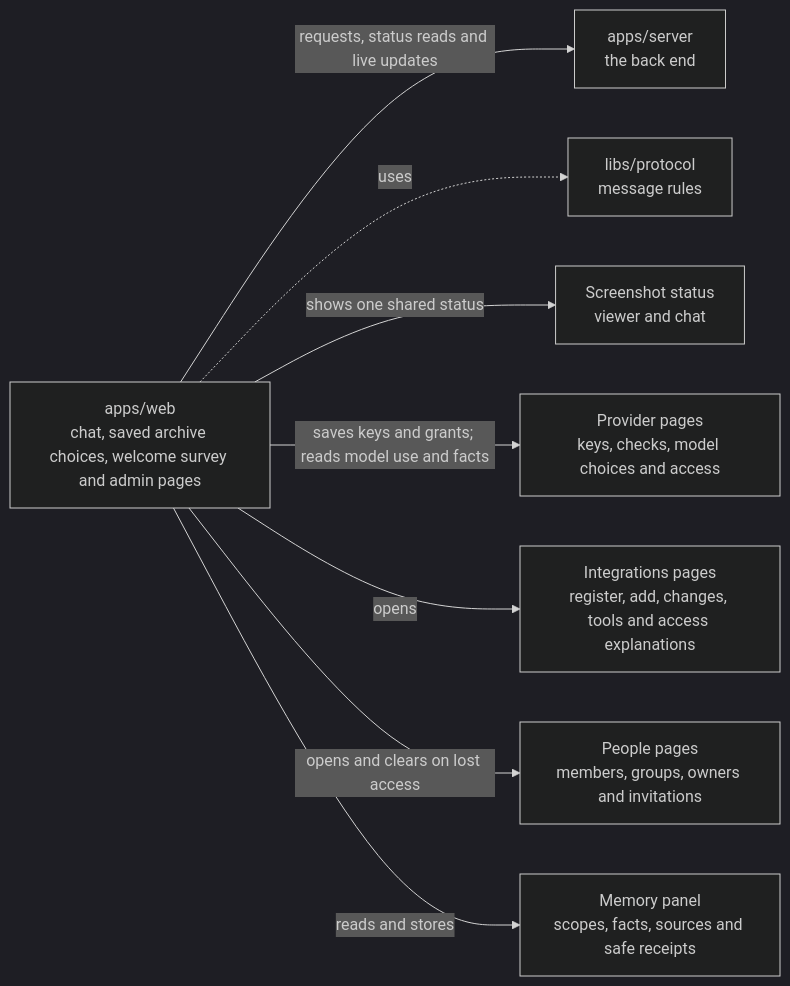
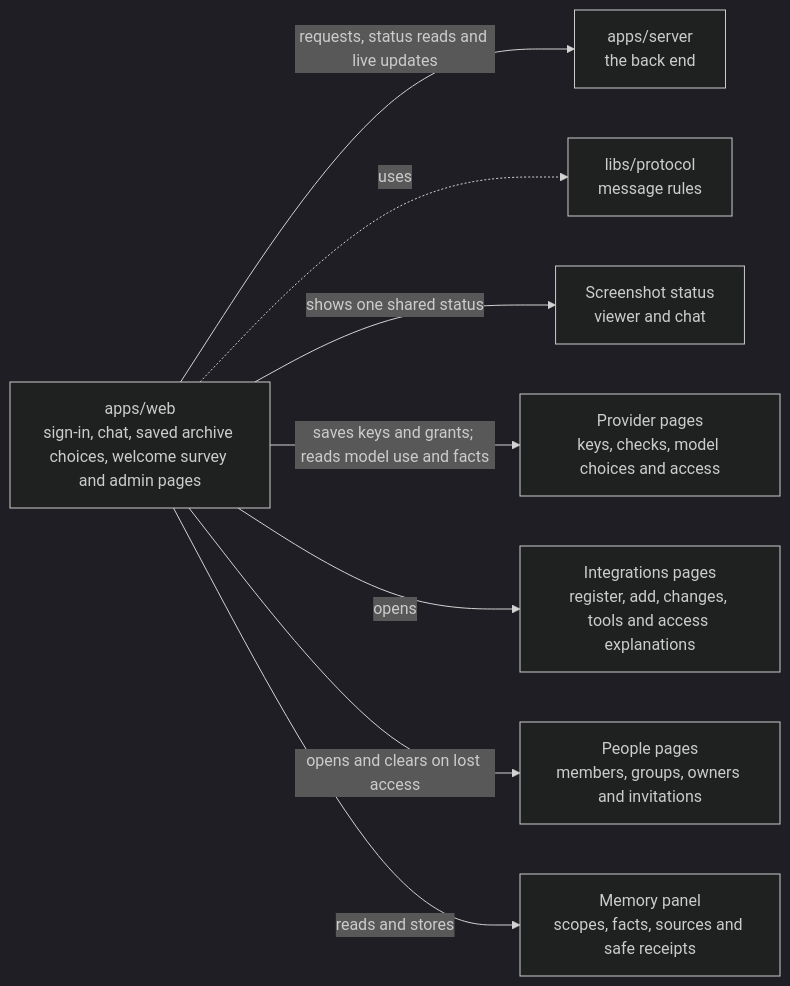
Before and after one commit to elewa-git/opencrane-new: the diagram in apps/web/README.md, drawn with Mermaid (dark theme). The commit also changed other lines of this file and 27 other files, not shown here.

````diff
--- a/apps/web/README.md
+++ b/apps/web/README.md
@@ -11,10 +11,10 @@
 ```mermaid
 flowchart LR
-  web["apps/web<br/>chat, saved archive choices, welcome survey and admin pages"] -->|requests, status reads and live updates| server["apps/server<br/>the back end"]
+  web["apps/web<br/>sign-in, chat, saved archive choices, welcome survey and admin pages"] -->|requests, status reads and live updates| server["apps/server<br/>the back end"]
   web -.->|uses| protocol["libs/protocol<br/>message rules"]
   web -->|shows one shared status| capture["Screenshot status<br/>viewer and chat"]
   web -->|saves keys and grants; reads model use and facts| providers["Provider pages<br/>keys, checks, model choices and access"]
   web -->|opens| integrations["Integrations pages<br/>register, add, changes, tools and access explanations"]
   web -->|opens and clears on lost access| people["People pages<br/>members, groups, owners and invitations"]
   web -->|reads and stores| memory["Memory panel<br/>scopes, facts, sources and safe receipts"]
 ```
````
